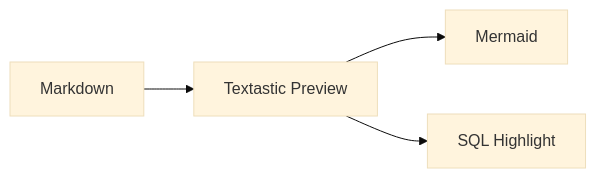
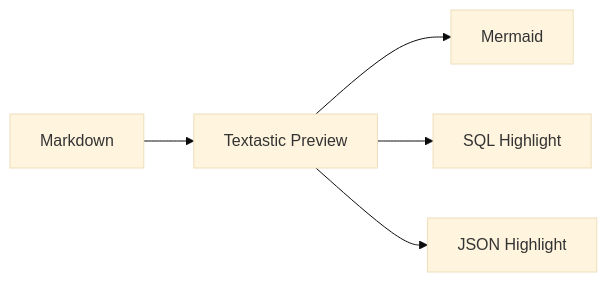
The diagram in experiments/textastic-markdown/sql-highlight-test.md (claire-nook/ai-playground), drawn with Mermaid (base theme) before and after one commit. The commit also changed other lines of this file, not shown here.

Commit message:
test(textastic): grow highlight showcase with JSON

````diff
--- a/experiments/textastic-markdown/sql-highlight-test.md
+++ b/experiments/textastic-markdown/sql-highlight-test.md
@@ -56,6 +105,7 @@
 ```mermaid
 flowchart LR
     A[Markdown] --> B[Textastic Preview]
     B --> C[Mermaid]
     B --> D[SQL Highlight]
+    B --> E[JSON Highlight]
 ```
````
